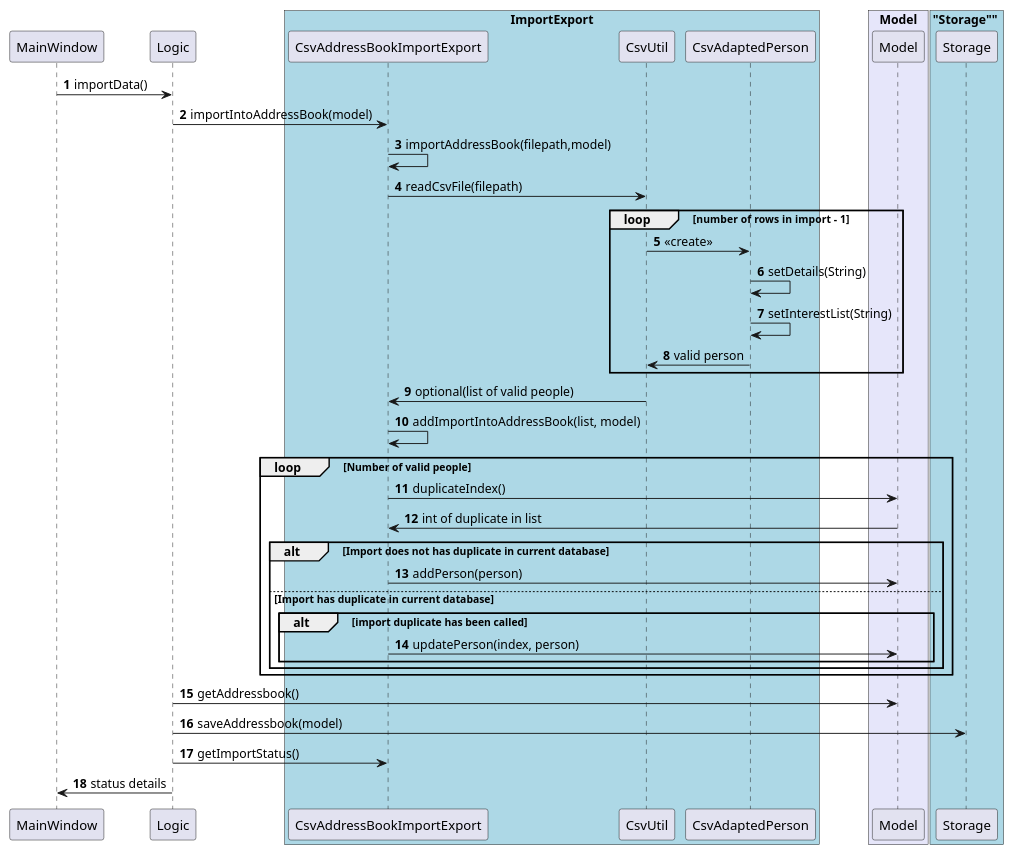
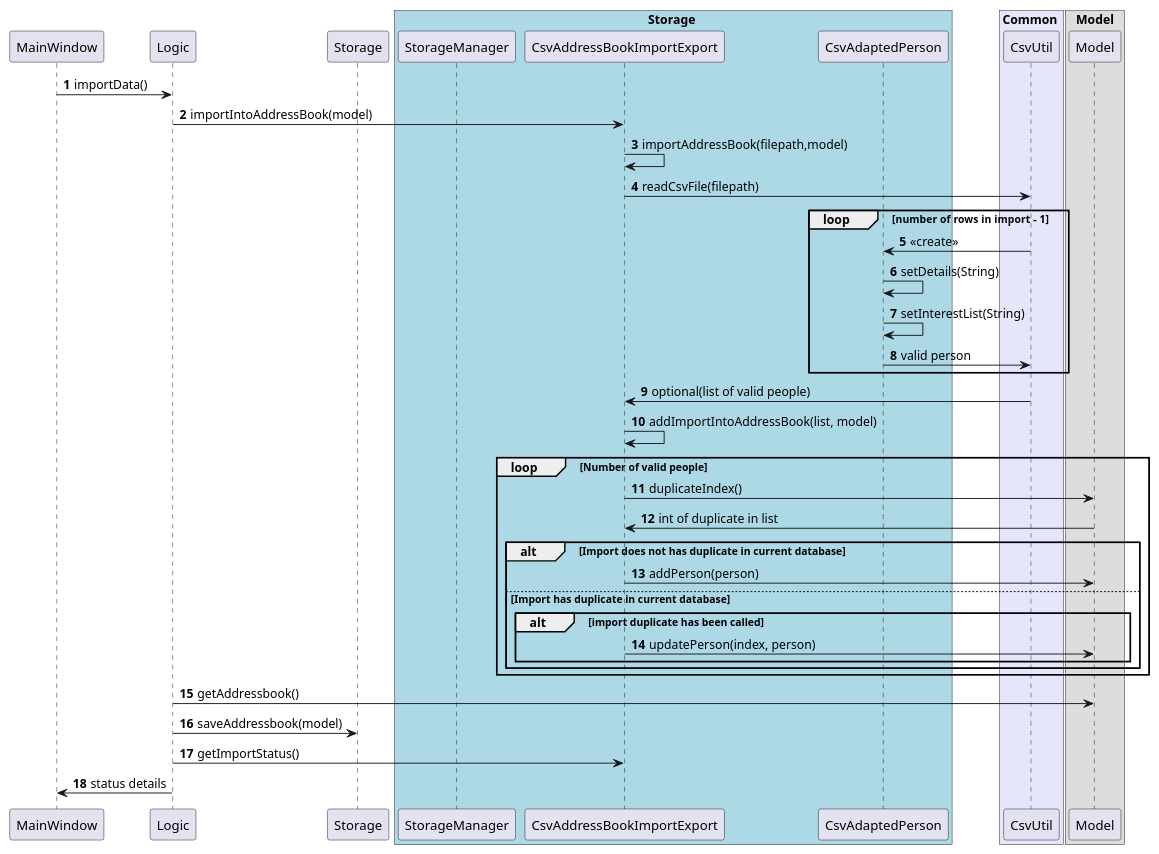
The diagram in docs/diagrams/ImportCsvSequenceDiagram.puml (pranav-ganesh/tp), drawn with PlantUML before and after one commit. The commit also changed 4 other files, not shown here.

Commit message:
Update DG diagrams

```diff
--- a/docs/diagrams/ImportCsvSequenceDiagram.puml
+++ b/docs/diagrams/ImportCsvSequenceDiagram.puml
@@ -1,70 +1,70 @@
 @startuml
 'https://plantuml.com/sequence-diagram
 
 autonumber
 
 participant MainWindow
 participant Logic
 participant CsvAddressBookImportExport
 participant CsvUtil
 
 participant CsvAdaptedPerson
 participant Model
 participant Storage
 '
 '
-box "ImportExport" #LightBlue
+box Storage #LightBlue
+    participant StorageManager
     participant CsvAddressBookImportExport
-    participant CsvUtil
     participant CsvAdaptedPerson
 end box
+box Common #Lavender
+    participant CsvUtil
+end box
 
-box "Model" #Lavender
+
+box Model
     participant Model
 end box
 
-'
-box "Storage"" #LightBlue
-    participant Storage
-end box
 
 
 
 MainWindow -> Logic: importData()
 Logic -> CsvAddressBookImportExport: importIntoAddressBook(model)
 CsvAddressBookImportExport -> CsvAddressBookImportExport: importAddressBook(filepath,model)
 CsvAddressBookImportExport -> CsvUtil: readCsvFile(filepath)
 
 loop number of  rows in import - 1
 
     CsvUtil -> CsvAdaptedPerson: <<create>>
 
     CsvAdaptedPerson -> CsvAdaptedPerson: setDetails(String)
 
     CsvAdaptedPerson -> CsvAdaptedPerson: setInterestList(String)
     CsvUtil <- CsvAdaptedPerson: valid person
     end
 
 CsvAddressBookImportExport <- CsvUtil: optional(list of valid people)
 CsvAddressBookImportExport -> CsvAddressBookImportExport: addImportIntoAddressBook(list, model)
 
 loop Number of valid people
     CsvAddressBookImportExport  -> Model : duplicateIndex()
 
     CsvAddressBookImportExport <- Model : int of duplicate in list
     alt Import does not has duplicate in current database
         CsvAddressBookImportExport ->  Model: addPerson(person)
     else Import has duplicate in current database
         alt import duplicate has been called
                     CsvAddressBookImportExport ->  Model: updatePerson(index, person)
         end
     end
     end
 
 Logic -> Model: getAddressbook()
 Logic -> Storage: saveAddressbook(model)
 Logic -> CsvAddressBookImportExport: getImportStatus()
 
 MainWindow <- Logic: status details
 
 @enduml
```
